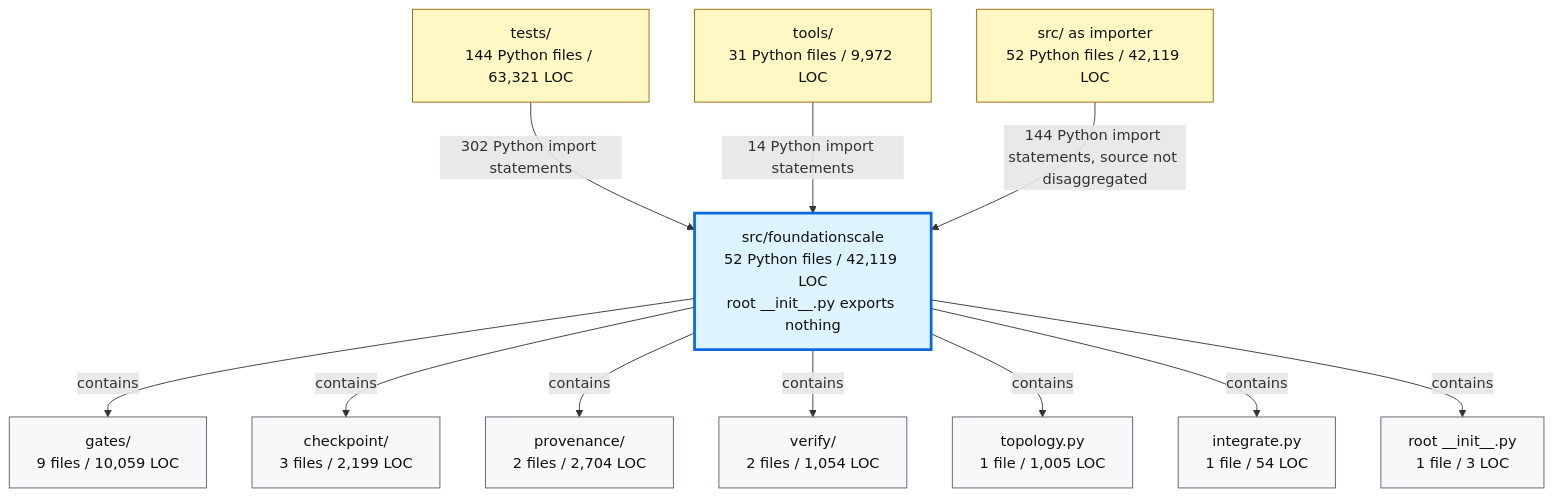
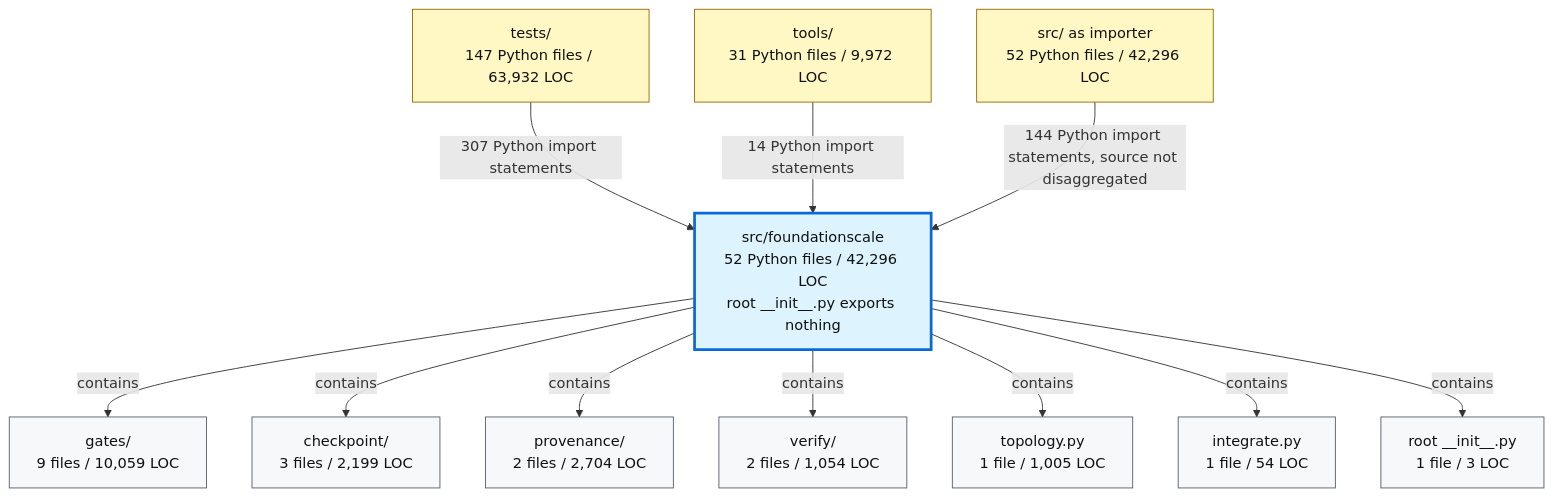
One commit to TranNhiem/FoundationScale changed the second of 2 diagrams in docs/review/D2_current_architecture.md. Above: the diagram before and after it, drawn with Mermaid. The commit also changed other lines of this file and 15 other files, not shown here.

````diff
--- a/docs/review/D2_current_architecture.md
+++ b/docs/review/D2_current_architecture.md
@@ -97,36 +97,36 @@
 ```mermaid
 flowchart TB
-  TESTS["tests/<br/>144 Python files / 63,321 LOC"]
+  TESTS["tests/<br/>147 Python files / 63,932 LOC"]
   TOOLS["tools/<br/>31 Python files / 9,972 LOC"]
-  SRC["src/ as importer<br/>52 Python files / 42,119 LOC"]
+  SRC["src/ as importer<br/>52 Python files / 42,296 LOC"]
 
-  FS["src/foundationscale<br/>52 Python files / 42,119 LOC<br/>root __init__.py exports nothing"]
+  FS["src/foundationscale<br/>52 Python files / 42,296 LOC<br/>root __init__.py exports nothing"]
 
   GATES["gates/<br/>9 files / 10,059 LOC"]
   CKPT["checkpoint/<br/>3 files / 2,199 LOC"]
   PROV["provenance/<br/>2 files / 2,704 LOC"]
   VERIFY["verify/<br/>2 files / 1,054 LOC"]
   TOPO["topology.py<br/>1 file / 1,005 LOC"]
   INTEG["integrate.py<br/>1 file / 54 LOC"]
   ROOT["root __init__.py<br/>1 file / 3 LOC"]
 
-  TESTS -->|"302 Python import statements"| FS
+  TESTS -->|"307 Python import statements"| FS
   TOOLS -->|"14 Python import statements"| FS
   SRC -->|"144 Python import statements, source not disaggregated"| FS
 
   FS -->|"contains"| GATES
   FS -->|"contains"| CKPT
   FS -->|"contains"| PROV
   FS -->|"contains"| VERIFY
   FS -->|"contains"| TOPO
   FS -->|"contains"| INTEG
   FS -->|"contains"| ROOT
 
   classDef consumer fill:#fff8c5,stroke:#9a6700,color:#111;
   classDef package fill:#ddf4ff,stroke:#0969da,stroke-width:3px,color:#111;
   classDef module fill:#f6f8fa,stroke:#57606a,color:#111;
 
   class TESTS,TOOLS,SRC consumer;
   class FS package;
   class GATES,CKPT,PROV,VERIFY,TOPO,INTEG,ROOT module;
 ```
````
